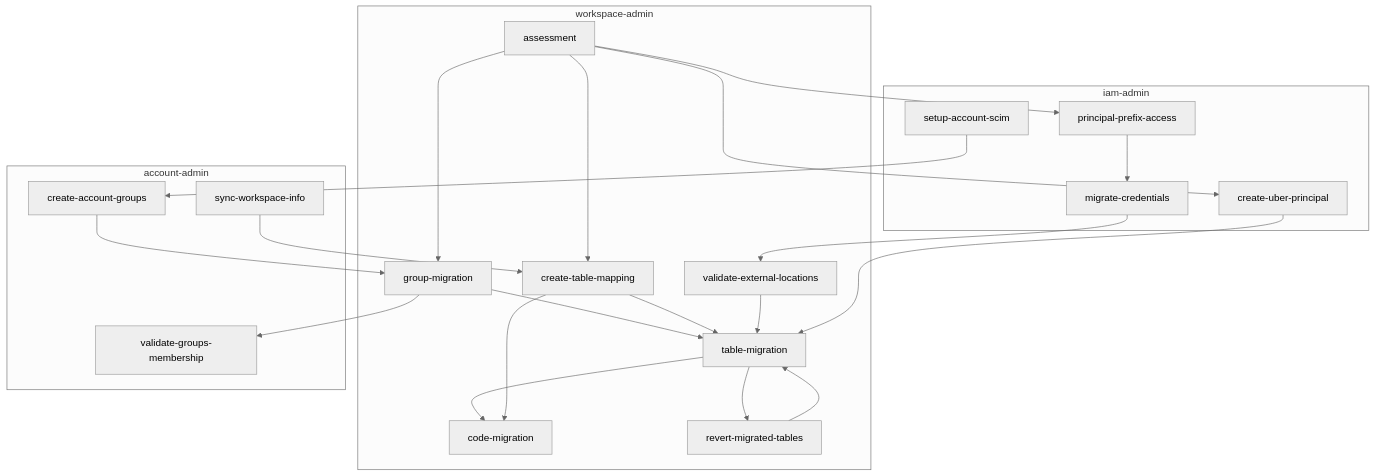
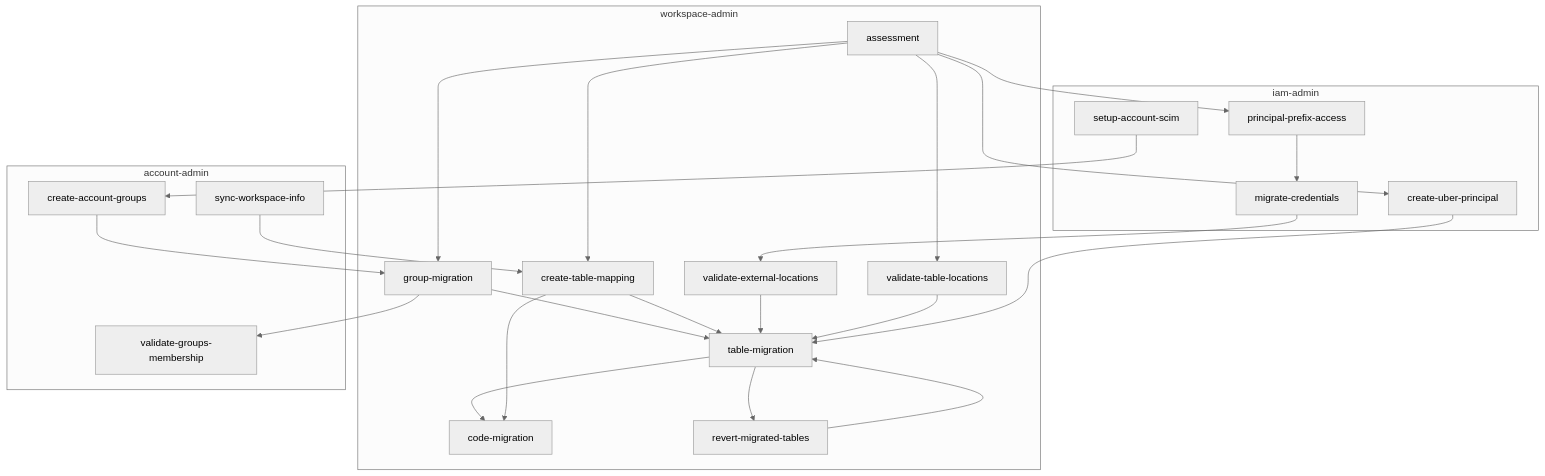
One commit to databrickslabs/ucx changed the first of 2 diagrams in README.md. Above: the diagram before and after it, drawn with Mermaid (neutral theme). The commit also changed other lines of this file, not shown here.

Commit message:
Add validate-table-locations to README

````diff
--- a/README.md
+++ b/README.md
@@ -275,28 +277,30 @@
 ```mermaid
 flowchart TD
     subgraph workspace-admin
         assessment --> group-migration
         group-migration --> table-migration
         table-migration --> code-migration
         assessment --> create-table-mapping
         create-table-mapping --> table-migration
         create-table-mapping --> code-migration
         validate-external-locations --> table-migration
+        assessment --> validate-table-locations
+        validate-table-locations --> table-migration
         table-migration --> revert-migrated-tables
         revert-migrated-tables --> table-migration
     end
     subgraph account-admin
         create-account-groups --> group-migration
         sync-workspace-info --> create-table-mapping
         group-migration --> validate-groups-membership
     end
     subgraph iam-admin
         setup-account-scim --> create-account-groups
         assessment --> create-uber-principal
         create-uber-principal --> table-migration
         assessment --> principal-prefix-access
         principal-prefix-access --> migrate-credentials
         migrate-credentials --> validate-external-locations
         setup-account-scim
     end
 ```
````
